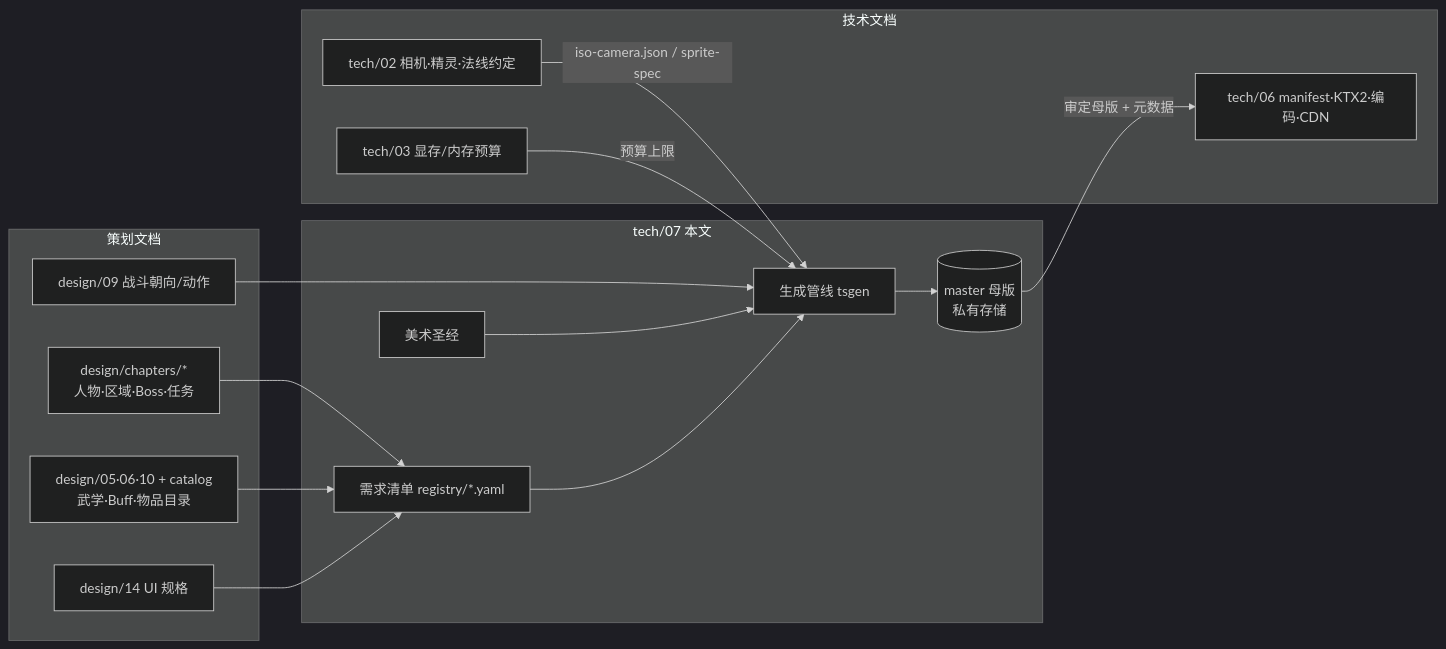
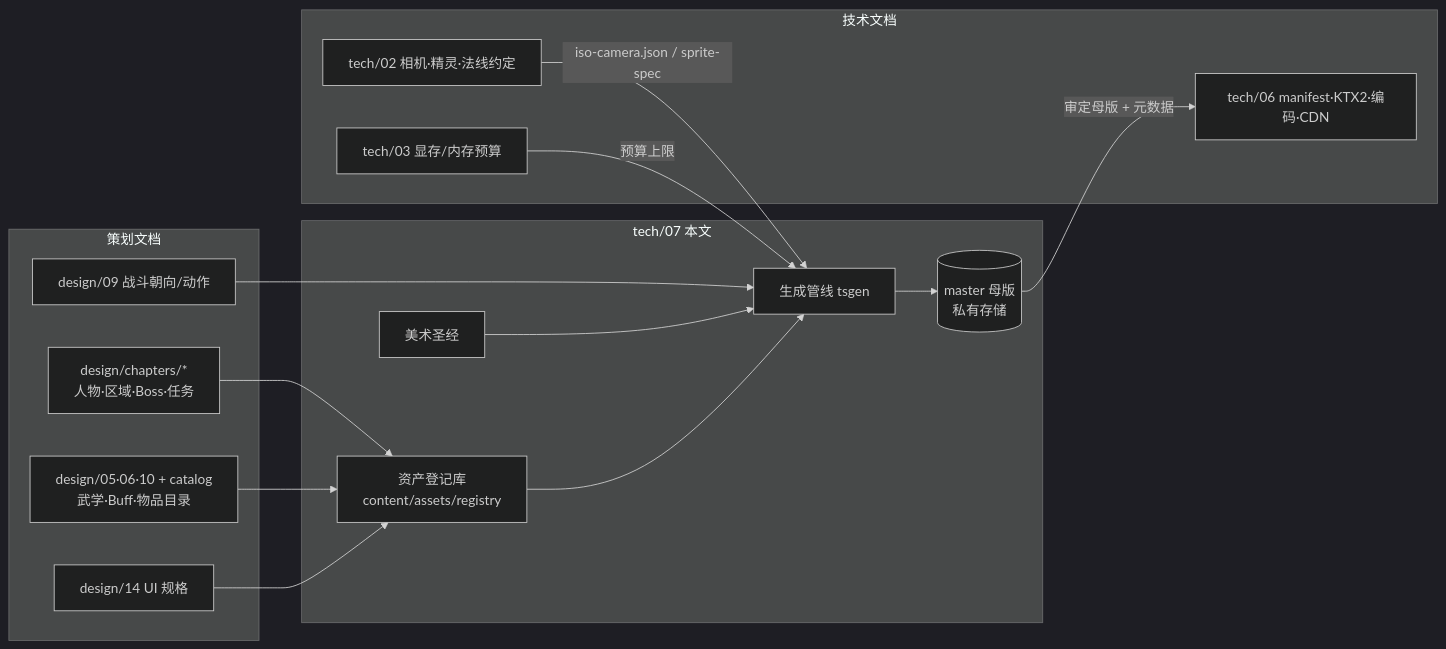
One commit to radarxc/jinyongqunxia changed the first of 8 diagrams in docs/tech/07-asset-generation.md. Above: the diagram before and after it, drawn with Mermaid (dark theme). The commit also changed other lines of this file and 16 other files, not shown here.

````diff
--- a/docs/tech/07-asset-generation.md
+++ b/docs/tech/07-asset-generation.md
@@ -69,28 +69,28 @@
 ```mermaid
 flowchart LR
   subgraph Design[策划文档]
     CH[design/chapters/*<br/>人物·区域·Boss·任务]
     CAT[design/05·06·10 + catalog<br/>武学·Buff·物品目录]
     UI[design/14 UI 规格]
     D09[design/09 战斗朝向/动作]
   end
   subgraph T07[tech/07 本文]
     AB[美术圣经]
-    REQ[需求清单 registry/*.yaml]
+    REQ[资产登记库<br/>content/assets/registry]
     PIPE[生成管线 tsgen]
     MASTER[(master 母版<br/>私有存储)]
   end
   subgraph Tech[技术文档]
     T02[tech/02 相机·精灵·法线约定]
     T06[tech/06 manifest·KTX2·编码·CDN]
     T03[tech/03 显存/内存预算]
   end
   CH --> REQ
   CAT --> REQ
   UI --> REQ
   D09 --> PIPE
   T02 -- iso-camera.json / sprite-spec --> PIPE
   T03 -- 预算上限 --> PIPE
   AB --> PIPE
   REQ --> PIPE --> MASTER -- 审定母版 + 元数据 --> T06
 ```
````
